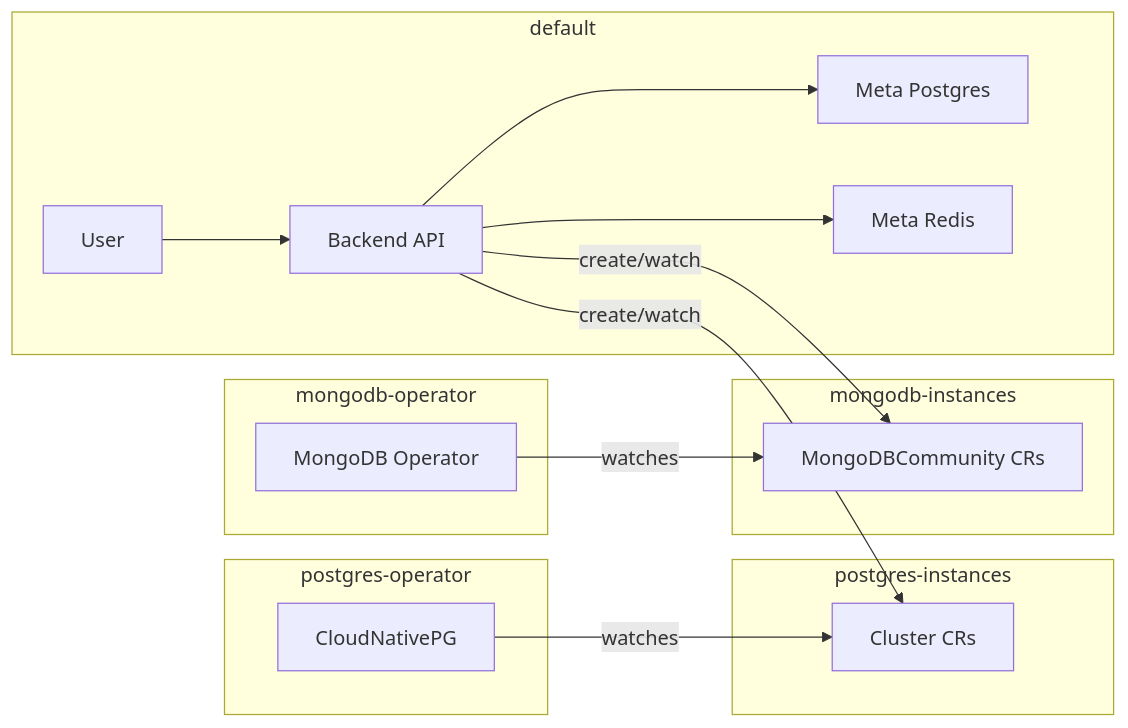
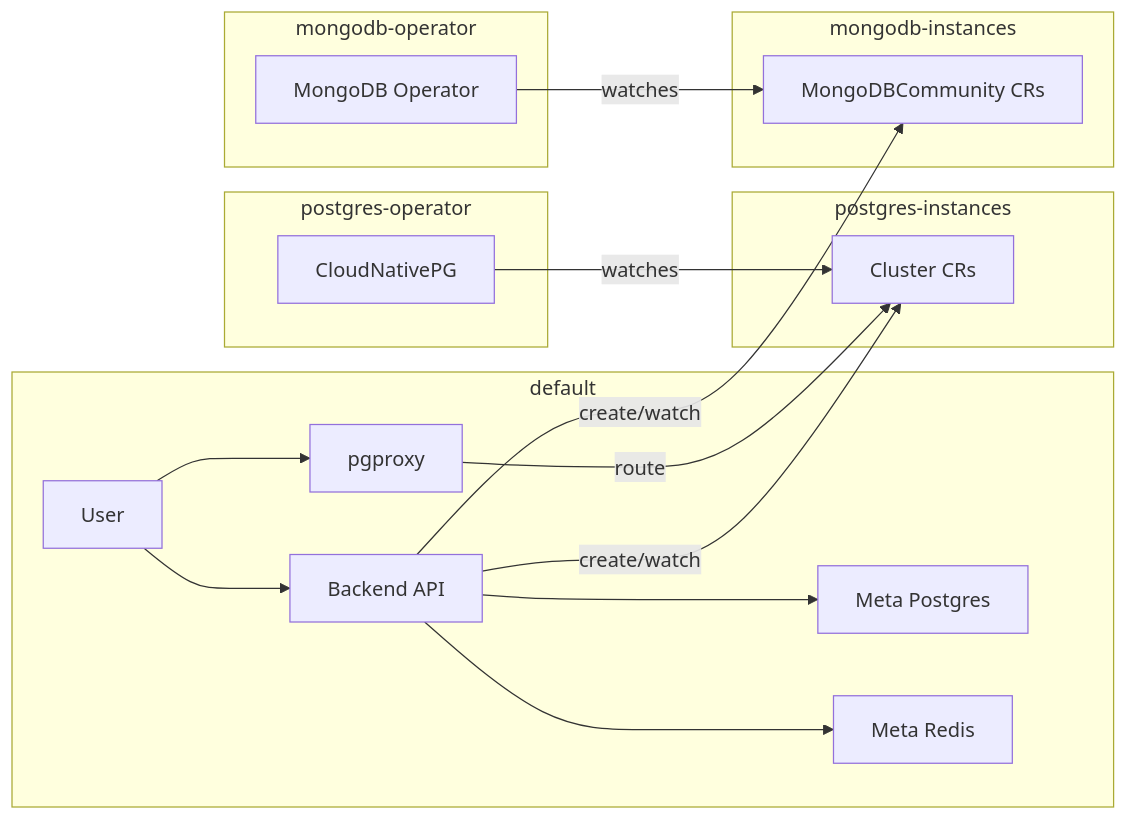
Before and after one commit to KilluaDB/Backend: the diagram in README.md, drawn with Mermaid. The commit also changed other lines of this file and 53 other files, not shown here.

````diff
--- a/README.md
+++ b/README.md
@@ -13,28 +14,31 @@
 ```mermaid
 flowchart LR
   subgraph default_ns [default]
     User[User]
     Backend[Backend API]
     MetaPostgres[Meta Postgres]
     MetaRedis[Meta Redis]
+    Proxy[pgproxy]
   end
   subgraph postgres_operator_ns [postgres-operator]
     CNPG[CloudNativePG]
   end
   subgraph postgres_instances [postgres-instances]
     PGClusters[Cluster CRs]
   end
   subgraph mongodb_instances [mongodb-instances]
     MongoCRs[MongoDBCommunity CRs]
   end
   subgraph mongodb_operator_ns [mongodb-operator]
     MongoOp[MongoDB Operator]
   end
   User --> Backend
+  User --> Proxy
   Backend --> MetaPostgres
   Backend --> MetaRedis
   Backend -->|"create/watch"| PGClusters
   Backend -->|"create/watch"| MongoCRs
+  Proxy -->|"route"| PGClusters
   CNPG -->|"watches"| PGClusters
   MongoOp -->|"watches"| MongoCRs
 ```
````
